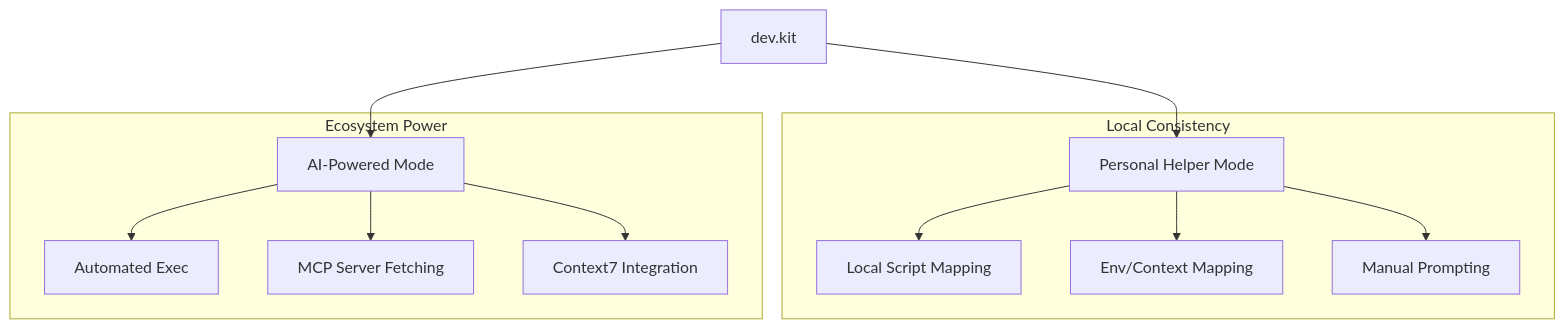
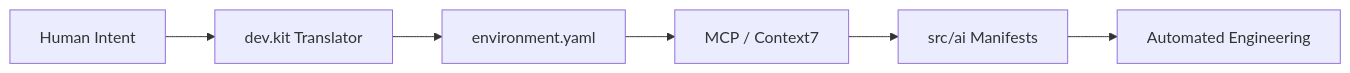
The third of 3 diagrams in README.md (udx/dev.kit), drawn with Mermaid before and after one commit. The commit also changed other lines of this file, not shown here.

Commit message:
docs: finalize sequential vision diagrams and disable capture mode to prevent terminal conflicts

````diff
--- a/README.md
+++ b/README.md
@@ -45,17 +64,8 @@
 ```mermaid
-graph TD
-    Start[dev.kit] --> Personal[Personal Helper Mode]
-    Start --> AI[AI-Powered Mode]
-    
-    subgraph "Local Consistency"
-        Personal --> P1[Local Script Mapping]
-        Personal --> P2[Env/Context Mapping]
-        Personal --> P3[Manual Prompting]
-    end
-    
-    subgraph "Ecosystem Power"
-        AI --> A1[Automated Exec]
-        AI --> A2[MCP Server Fetching]
-        AI --> A3[Context7 Integration]
-    end
+flowchart LR
+    User[Human Intent] --> TR[dev.kit Translator]
+    TR --> YML[environment.yaml]
+    YML --> ECO[MCP / Context7]
+    ECO --> MAN[src/ai Manifests]
+    MAN --> AUTO[Automated Engineering]
 ```
````
